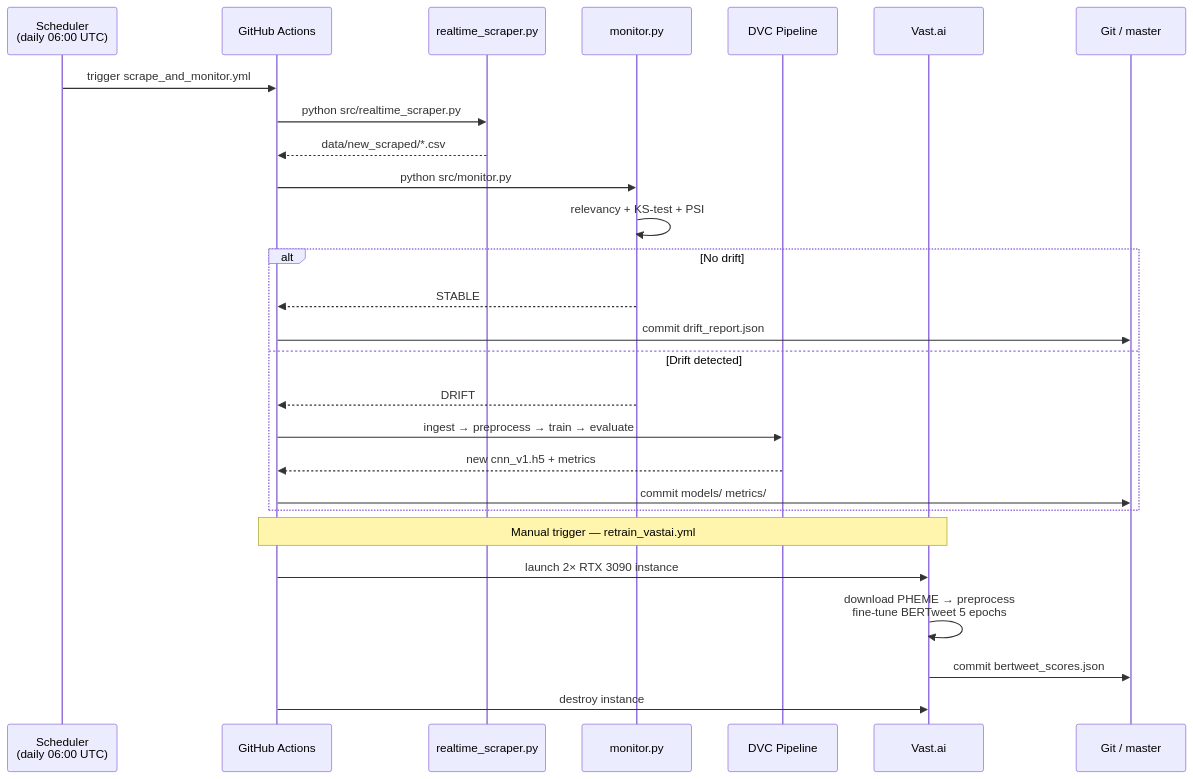
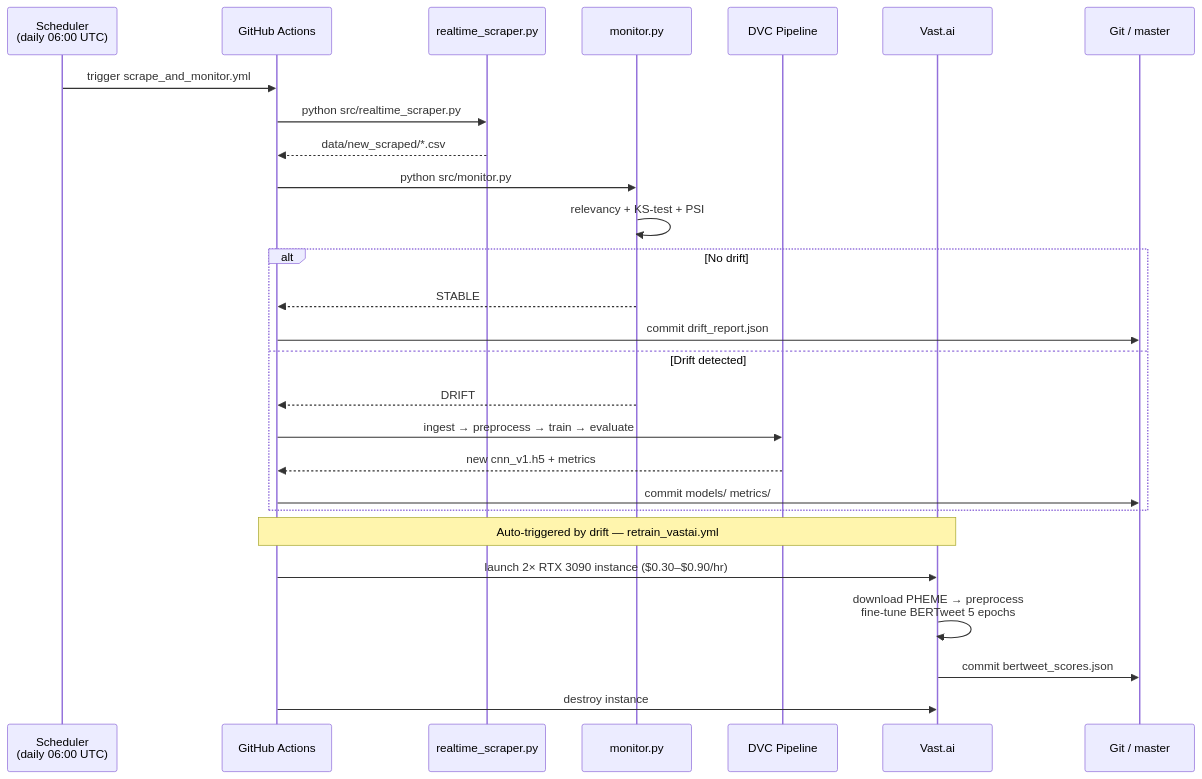
The seventh of 9 diagrams in diagrams.md (zegdane1998/fake-news-mlops), drawn with Mermaid before and after one commit. The commit also changed other lines of this file, not shown here.

Commit message:
Fix diagrams: Vast.ai retraining is auto-triggered on drift, not manual

````diff
--- a/diagrams.md
+++ b/diagrams.md
@@ -218,33 +218,33 @@
 ```mermaid
 sequenceDiagram
     participant SCH as Scheduler<br/>(daily 06:00 UTC)
     participant GHA as GitHub Actions
     participant SCR as realtime_scraper.py
     participant MON as monitor.py
     participant DVC as DVC Pipeline
     participant VAST as Vast.ai
     participant GIT as Git / master
 
     SCH->>GHA: trigger scrape_and_monitor.yml
     GHA->>SCR: python src/realtime_scraper.py
     SCR-->>GHA: data/new_scraped/*.csv
 
     GHA->>MON: python src/monitor.py
     MON->>MON: relevancy + KS-test + PSI
 
     alt No drift
         MON-->>GHA: STABLE
         GHA->>GIT: commit drift_report.json
     else Drift detected
         MON-->>GHA: DRIFT
         GHA->>DVC: ingest → preprocess → train → evaluate
         DVC-->>GHA: new cnn_v1.h5 + metrics
         GHA->>GIT: commit models/ metrics/
     end
 
-    Note over GHA,VAST: Manual trigger — retrain_vastai.yml
-    GHA->>VAST: launch 2× RTX 3090 instance
+    Note over GHA,VAST: Auto-triggered by drift — retrain_vastai.yml
+    GHA->>VAST: launch 2× RTX 3090 instance ($0.30–$0.90/hr)
     VAST->>VAST: download PHEME → preprocess<br/>fine-tune BERTweet  5 epochs
     VAST->>GIT: commit bertweet_scores.json
     GHA->>VAST: destroy instance
 ```
````
